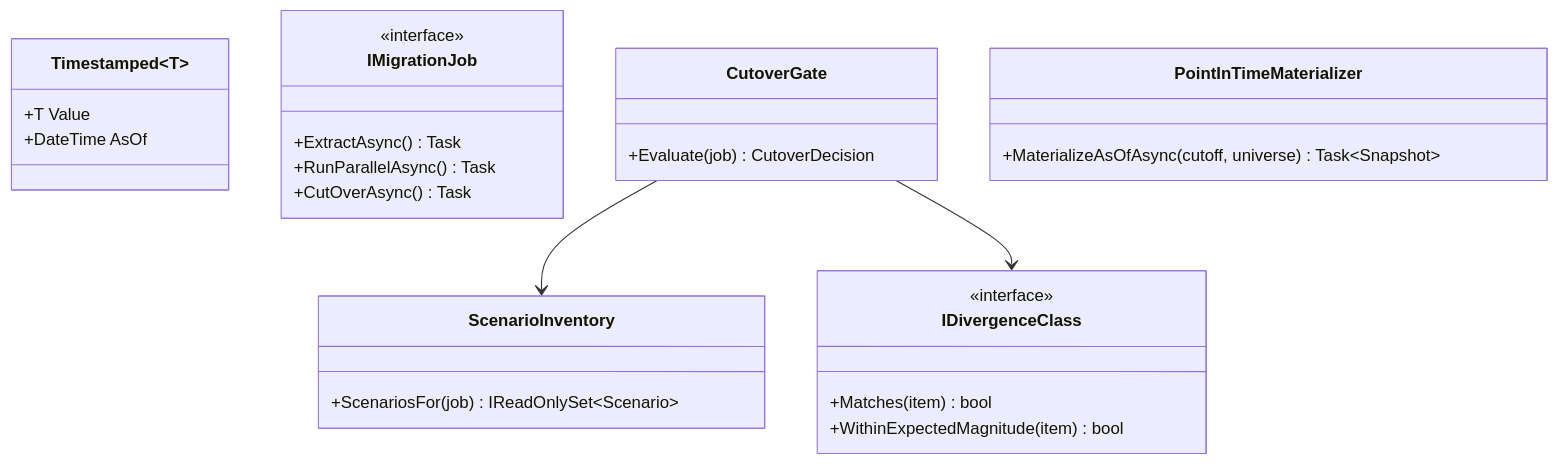
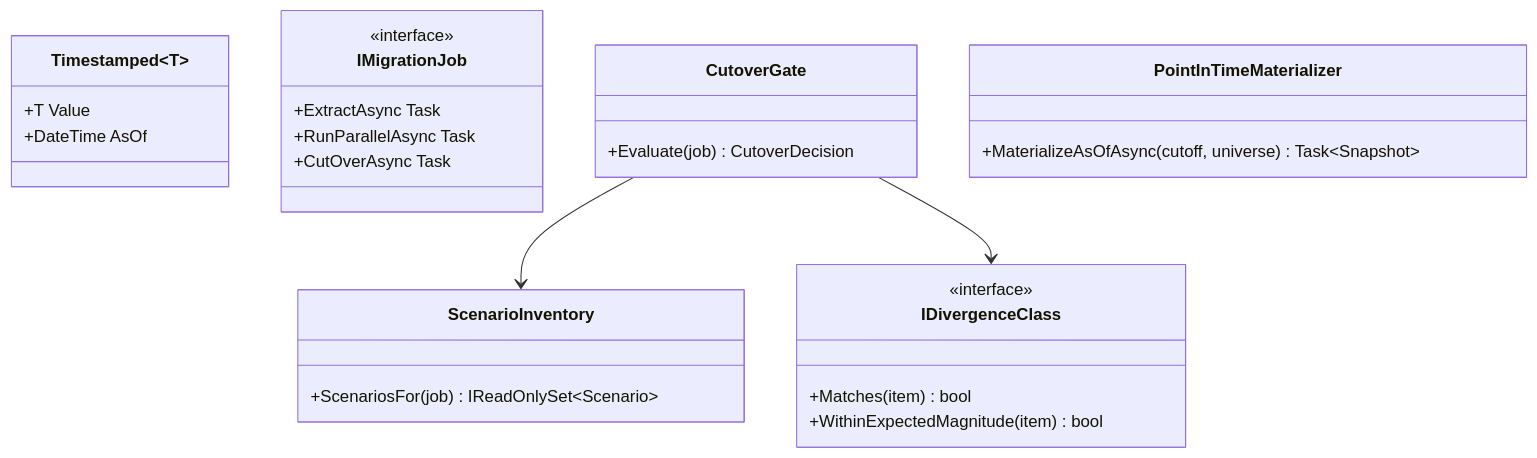
The fourth of 4 diagrams in 14-System-Design/14-Capstone-Migrating-EndOfDay-Batch-To-Intraday.md (umashankarp/InterviewQuestions), drawn with Mermaid before and after one commit. The commit also changed other lines of this file and 173 other files, not shown here.

````diff
--- a/14-System-Design/14-Capstone-Migrating-EndOfDay-Batch-To-Intraday.md
+++ b/14-System-Design/14-Capstone-Migrating-EndOfDay-Batch-To-Intraday.md
@@ -600,30 +600,30 @@
 ```mermaid
 classDiagram
-    class Timestamped~T~ {
-        +T Value
-        +DateTime AsOf
-    }
-    class IMigrationJob {
-        <<interface>>
-        +ExtractAsync() Task
-        +RunParallelAsync() Task
-        +CutOverAsync() Task
-    }
-    class ScenarioInventory {
-        +ScenariosFor(job) IReadOnlySet~Scenario~
-    }
-    class CutoverGate {
-        +Evaluate(job) CutoverDecision
-    }
-    class IDivergenceClass {
-        <<interface>>
-        +Matches(item) bool
-        +WithinExpectedMagnitude(item) bool
-    }
-    class PointInTimeMaterializer {
-        +MaterializeAsOfAsync(cutoff, universe) Task~Snapshot~
-    }
+ class Timestamped~T~ {
+ +T Value
+ +DateTime AsOf
+ }
+ class IMigrationJob {
+ <<interface>>
+ +ExtractAsync Task
+ +RunParallelAsync Task
+ +CutOverAsync Task
+ }
+ class ScenarioInventory {
+ +ScenariosFor(job) IReadOnlySet~Scenario~
+ }
+ class CutoverGate {
+ +Evaluate(job) CutoverDecision
+ }
+ class IDivergenceClass {
+ <<interface>>
+ +Matches(item) bool
+ +WithinExpectedMagnitude(item) bool
+ }
+ class PointInTimeMaterializer {
+ +MaterializeAsOfAsync(cutoff, universe) Task~Snapshot~
+ }
 
-    CutoverGate --> ScenarioInventory
-    CutoverGate --> IDivergenceClass
+ CutoverGate --> ScenarioInventory
+ CutoverGate --> IDivergenceClass
 ```
````
